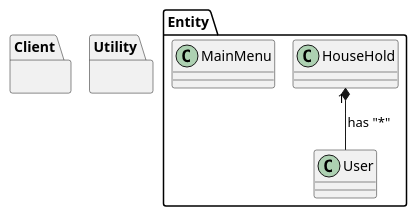
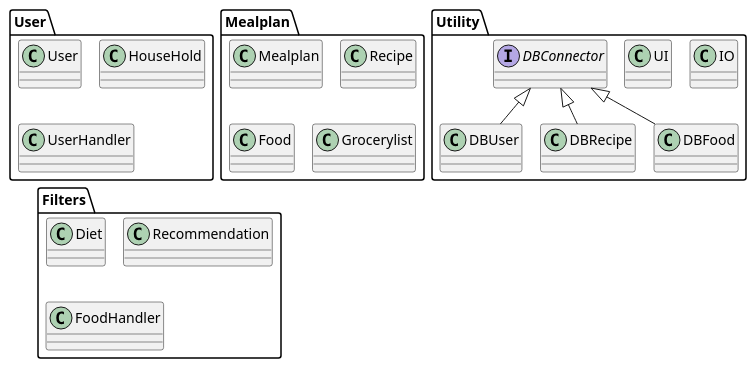
The diagram in Documents/Class diagram.puml (lassekh/ICE), drawn with PlantUML before and after one commit. The commit also changed 9 other files, not shown here.

Commit message:
claas diagram updated

```diff
--- a/Documents/Class diagram.puml
+++ b/Documents/Class diagram.puml
@@ -1,21 +1,39 @@
 @startuml
 'https://plantuml.com/class-diagram
 !pragma layout smetana
 
-Package Client{
-
+Package User{
+class User
+class HouseHold
+class UserHandler
 }
 
-Package Entity{
-class HouseHold
-class User
-class MainMenu
+Package Mealplan{
+class Mealplan
+class Recipe
+class Food
+class Grocerylist
 }
 
+Package Filters{
+class Diet
+class Recommendation
+class FoodHandler
+}
+
+
+
 Package Utility{
+class IO
+class UI
+interface DBConnector
+class DBUser
+class DBRecipe
+class DBFood
 }
 
 'Label on relations
-
-HouseHold "1" *-- User: has "*"
+DBConnector <|-- DBUser
+DBConnector <|-- DBRecipe
+DBConnector <|-- DBFood
 @enduml
```
